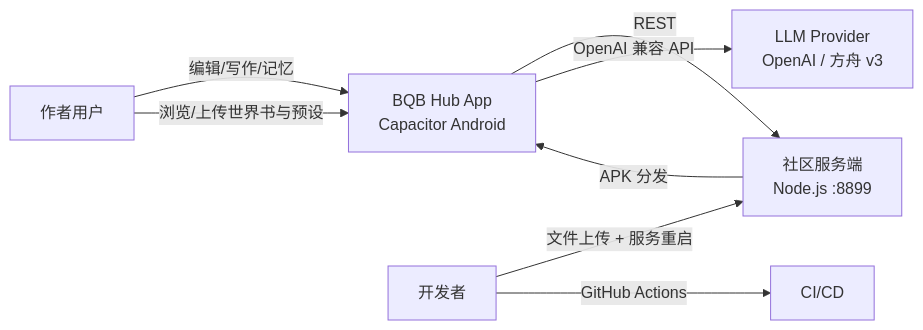
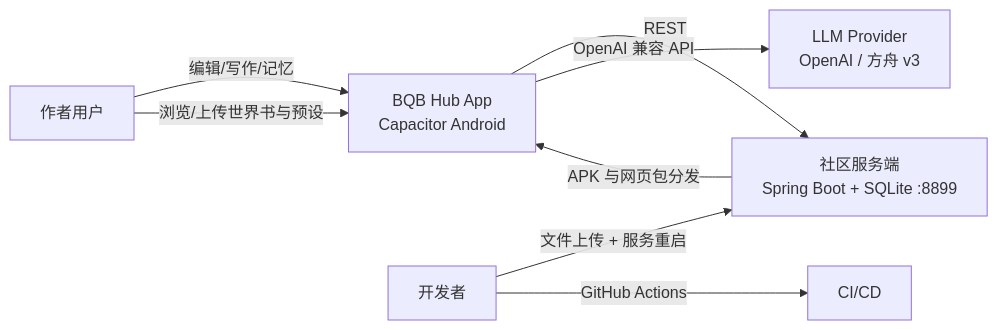
The first of 2 diagrams in docs/engineering-architecture.md (7726123/BQB-Hub), drawn with Mermaid before and after one commit. The commit also changed other lines of this file and 7 other files, not shown here.

````diff
--- a/docs/engineering-architecture.md
+++ b/docs/engineering-architecture.md
@@ -7,10 +8,10 @@
 ```mermaid
 graph LR
   U[作者用户] -->|编辑/写作/记忆| A[BQB Hub App<br/>Capacitor Android]
   U -->|浏览/上传世界书与预设| A
-  A -->|REST| S[社区服务端<br/>Node.js :8899]
+  A -->|REST| S[社区服务端<br/>Spring Boot + SQLite :8899]
   A -->|OpenAI 兼容 API| LLM[LLM Provider<br/>OpenAI / 方舟 v3]
-  S -->|APK 分发| A
+  S -->|APK 与网页包分发| A
   Admin[开发者] -->|文件上传 + 服务重启| S
   Admin -->|GitHub Actions| CI[CI/CD]
 ```
````
